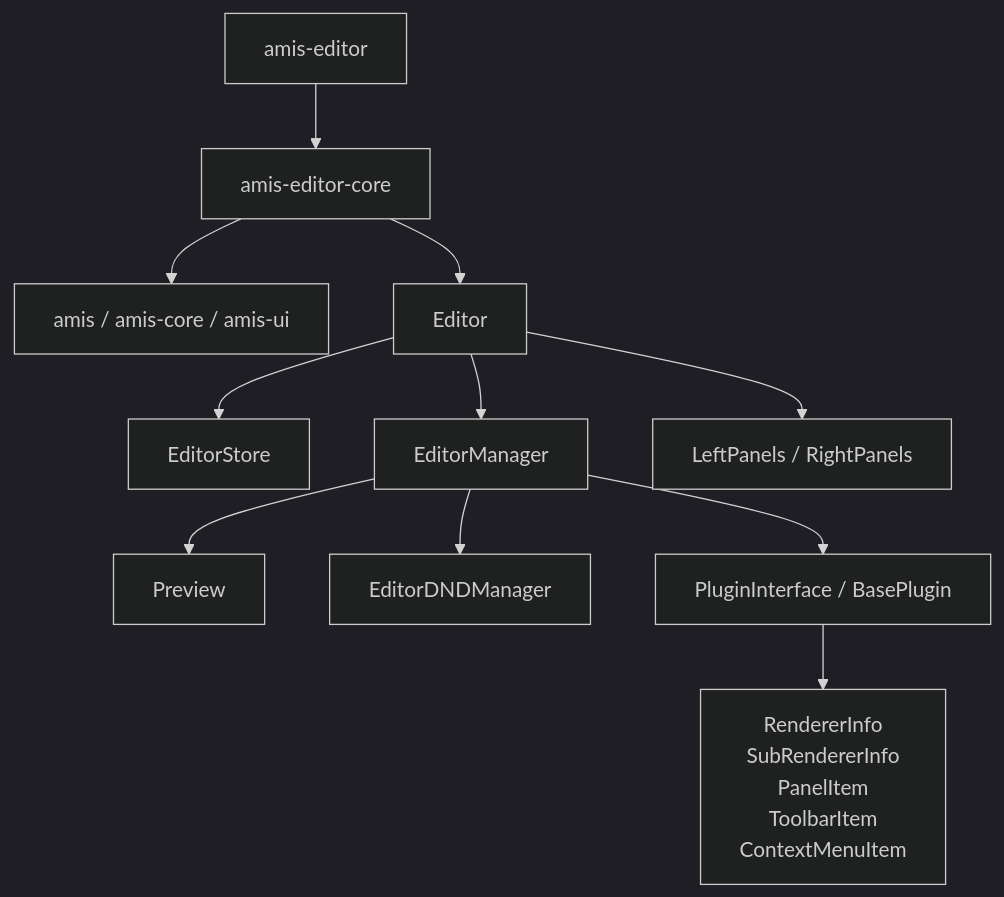
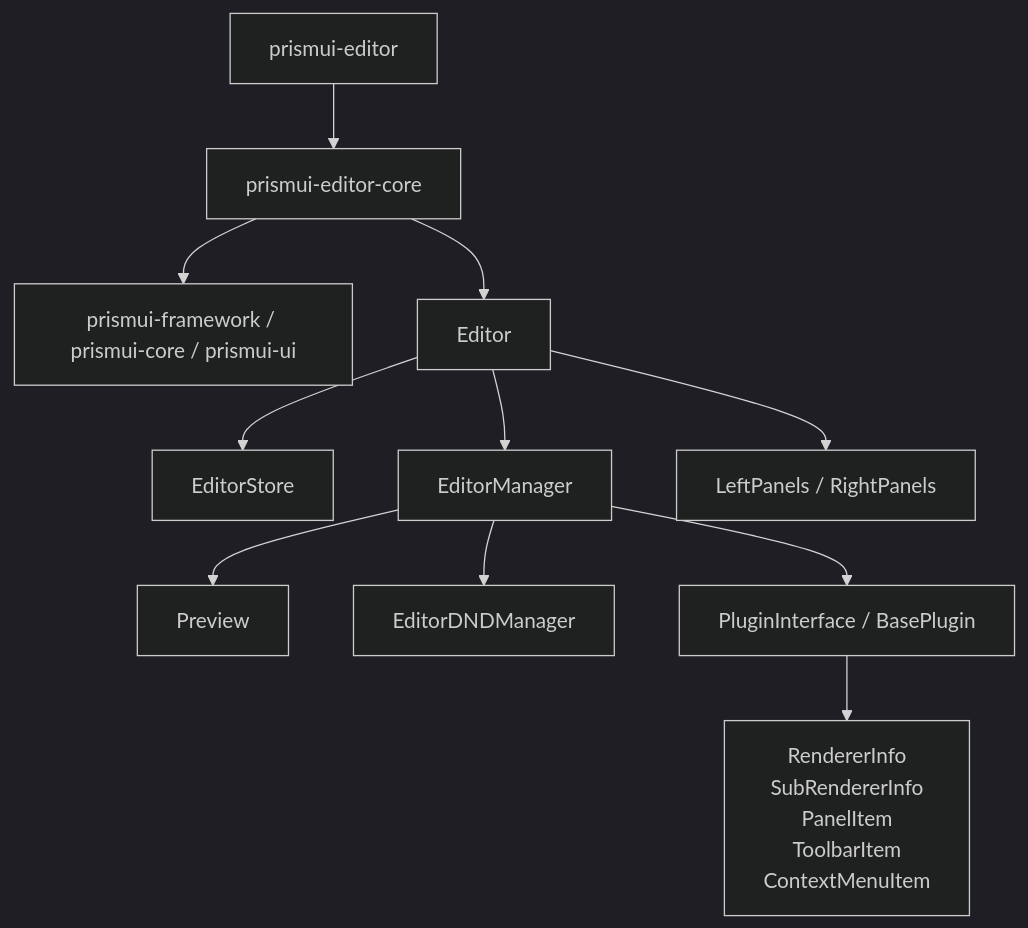
One commit to Gengxin-Tech/prismui changed the second of 11 diagrams in docs/zh-CN/extend/editor-architecture.md. Above: the diagram before and after it, drawn with Mermaid (dark theme). The commit also changed other lines of this file and 29 other files, not shown here.

````diff
--- a/docs/zh-CN/extend/editor-architecture.md
+++ b/docs/zh-CN/extend/editor-architecture.md
@@ -58,13 +58,13 @@
 ```mermaid
 flowchart TD
-  Full[amis-editor] --> Core[amis-editor-core]
-  Core --> Amis[amis / amis-core / amis-ui]
+  Full[prismui-editor] --> Core[prismui-editor-core]
+  Core --> Runtime[prismui-framework / prismui-core / prismui-ui]
   Core --> Editor[Editor]
   Editor --> Store[EditorStore]
   Editor --> Manager[EditorManager]
   Editor --> Shell[LeftPanels / RightPanels]
   Manager --> Preview[Preview]
   Manager --> DND[EditorDNDManager]
   Manager --> Plugins[PluginInterface / BasePlugin]
   Plugins --> ExtPoints["RendererInfo<br/>SubRendererInfo<br/>PanelItem<br/>ToolbarItem<br/>ContextMenuItem"]
 ```
````
